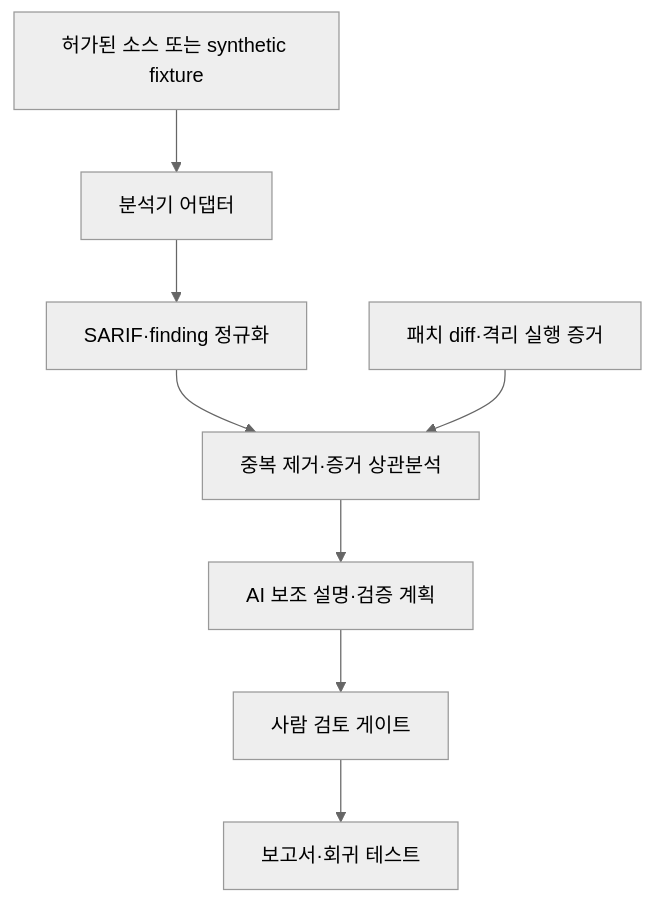
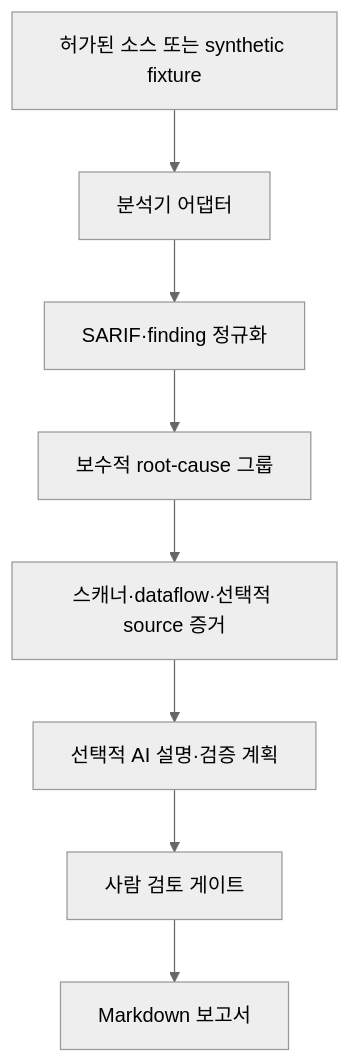
Before and after one commit to ye11oc4t/bob15th-after-ad-sast: the first of 2 diagrams in docs/architecture.md, drawn with Mermaid (neutral theme). The commit also changed other lines of this file and 27 other files, not shown here.

````diff
--- a/docs/architecture.md
+++ b/docs/architecture.md
@@ -21,10 +23,10 @@
 ```mermaid
 flowchart TD
     A["허가된 소스 또는 synthetic fixture"] --> B["분석기 어댑터"]
     B --> C["SARIF·finding 정규화"]
-    C --> D["중복 제거·증거 상관분석"]
-    E["패치 diff·격리 실행 증거"] --> D
-    D --> F["AI 보조 설명·검증 계획"]
+    C --> D["보수적 root-cause 그룹"]
+    D --> E["스캐너·dataflow·선택적 source 증거"]
+    E --> F["선택적 AI 설명·검증 계획"]
     F --> G["사람 검토 게이트"]
-    G --> H["보고서·회귀 테스트"]
+    G --> H["Markdown 보고서"]
 ```
````
